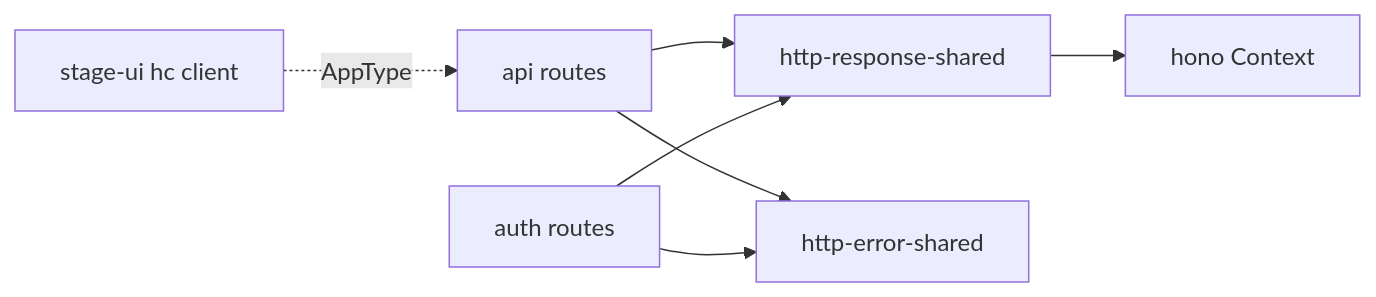
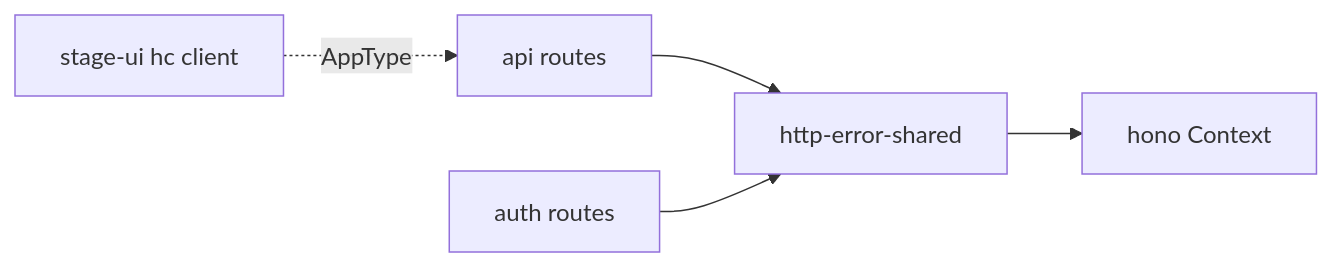
One commit to moeru-ai/airi changed the first of 2 diagrams in server/docs/ai/adr/2026-11-23-typed-success-responses.md. Above: the diagram before and after it, drawn with Mermaid. The commit also changed other lines of this file and 30 other files, not shown here.

First line of the commit message:
refactor(http-error-shared): move the typed success responses into the shared HTTP package

````diff
--- a/server/docs/ai/adr/2026-11-23-typed-success-responses.md
+++ b/server/docs/ai/adr/2026-11-23-typed-success-responses.md
@@ -42,9 +42,7 @@
 ```mermaid
 graph LR
-  ApiRoutes[api routes] --> Response[http-response-shared]
-  AuthRoutes[auth routes] --> Response
-  ApiRoutes --> Error[http-error-shared]
-  AuthRoutes --> Error
-  Response --> Hono[hono Context]
+  ApiRoutes[api routes] --> Shared[http-error-shared]
+  AuthRoutes[auth routes] --> Shared
+  Shared --> Hono[hono Context]
   Client[stage-ui hc client] -. AppType .-> ApiRoutes
 ```
````
